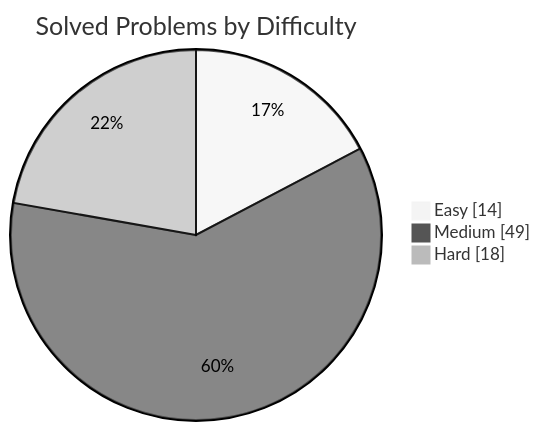
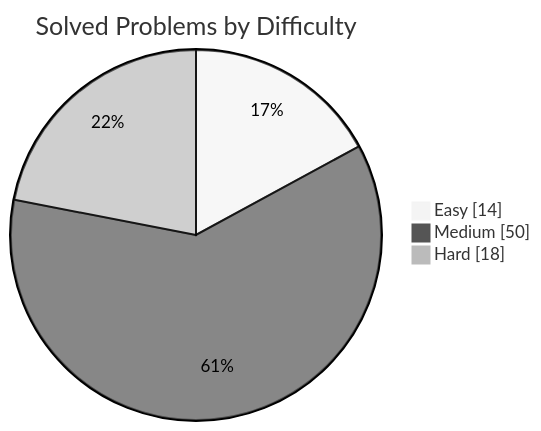
One commit to manikantbindass/DSA-Preparation-FAANG- changed the first of 2 diagrams in README.md. Above: the diagram before and after it, drawn with Mermaid (neutral theme). The commit also changed other lines of this file, not shown here.

````diff
--- a/README.md
+++ b/README.md
@@ -38,7 +38,7 @@
 ```mermaid
 pie showData
     title Solved Problems by Difficulty
     "Easy" : 14
-    "Medium" : 49
+    "Medium" : 50
     "Hard" : 18
 ```
````
